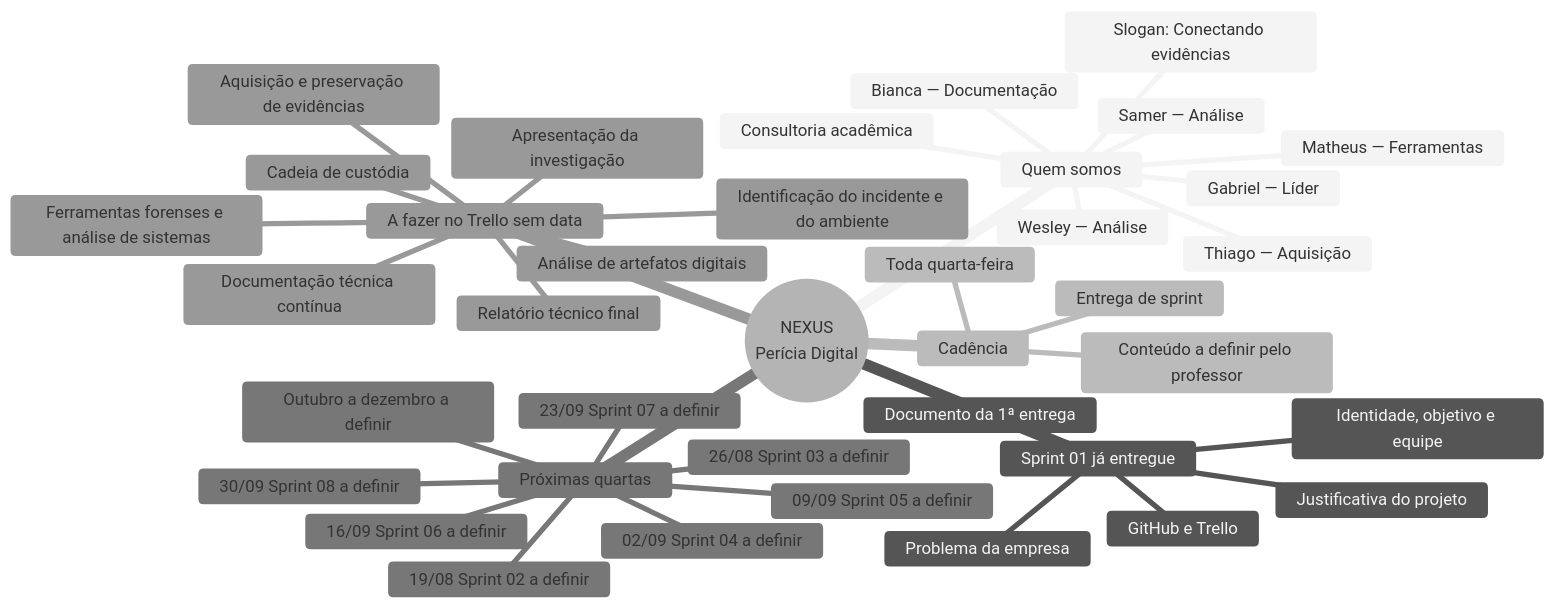
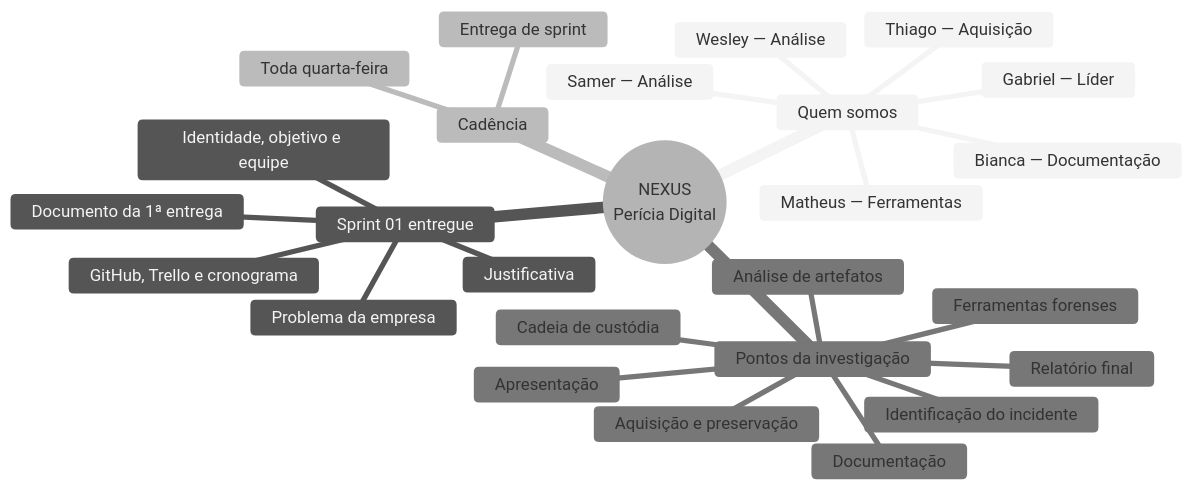
One commit to gabriellucasalves/Nexus-interprise changed the diagram in docs/CRONOGRAMA.md. Above: the diagram before and after it, drawn with Mermaid (neutral theme). The commit also changed other lines of this file, not shown here.

Commit message:
Ajusta cronograma: pontos da investigação como lembrete, sem lista A fazer do Trello

````diff
--- a/docs/CRONOGRAMA.md
+++ b/docs/CRONOGRAMA.md
@@ -7,41 +16,29 @@
 ```mermaid
 mindmap
   root((NEXUS<br/>Perícia Digital))
     Quem somos
-      Consultoria acadêmica
-      Slogan: Conectando evidências
       Gabriel — Líder
       Thiago — Aquisição
       Wesley — Análise
       Matheus — Ferramentas
       Samer — Análise
       Bianca — Documentação
-    Sprint 01 já entregue
+    Sprint 01 entregue
       Problema da empresa
-      Justificativa do projeto
+      Justificativa
       Identidade, objetivo e equipe
       Documento da 1ª entrega
-      GitHub e Trello
+      GitHub, Trello e cronograma
     Cadência
       Toda quarta-feira
       Entrega de sprint
-      Conteúdo a definir pelo professor
-    Próximas quartas
-      19/08 Sprint 02 a definir
-      26/08 Sprint 03 a definir
-      02/09 Sprint 04 a definir
-      09/09 Sprint 05 a definir
-      16/09 Sprint 06 a definir
-      23/09 Sprint 07 a definir
-      30/09 Sprint 08 a definir
-      Outubro a dezembro a definir
-    A fazer no Trello sem data
-      Identificação do incidente e do ambiente
-      Aquisição e preservação de evidências
+    Pontos da investigação
+      Identificação do incidente
+      Aquisição e preservação
       Cadeia de custódia
-      Análise de artefatos digitais
-      Ferramentas forenses e análise de sistemas
-      Documentação técnica contínua
-      Relatório técnico final
-      Apresentação da investigação
+      Análise de artefatos
+      Ferramentas forenses
+      Documentação
+      Relatório final
+      Apresentação
 ```
````
